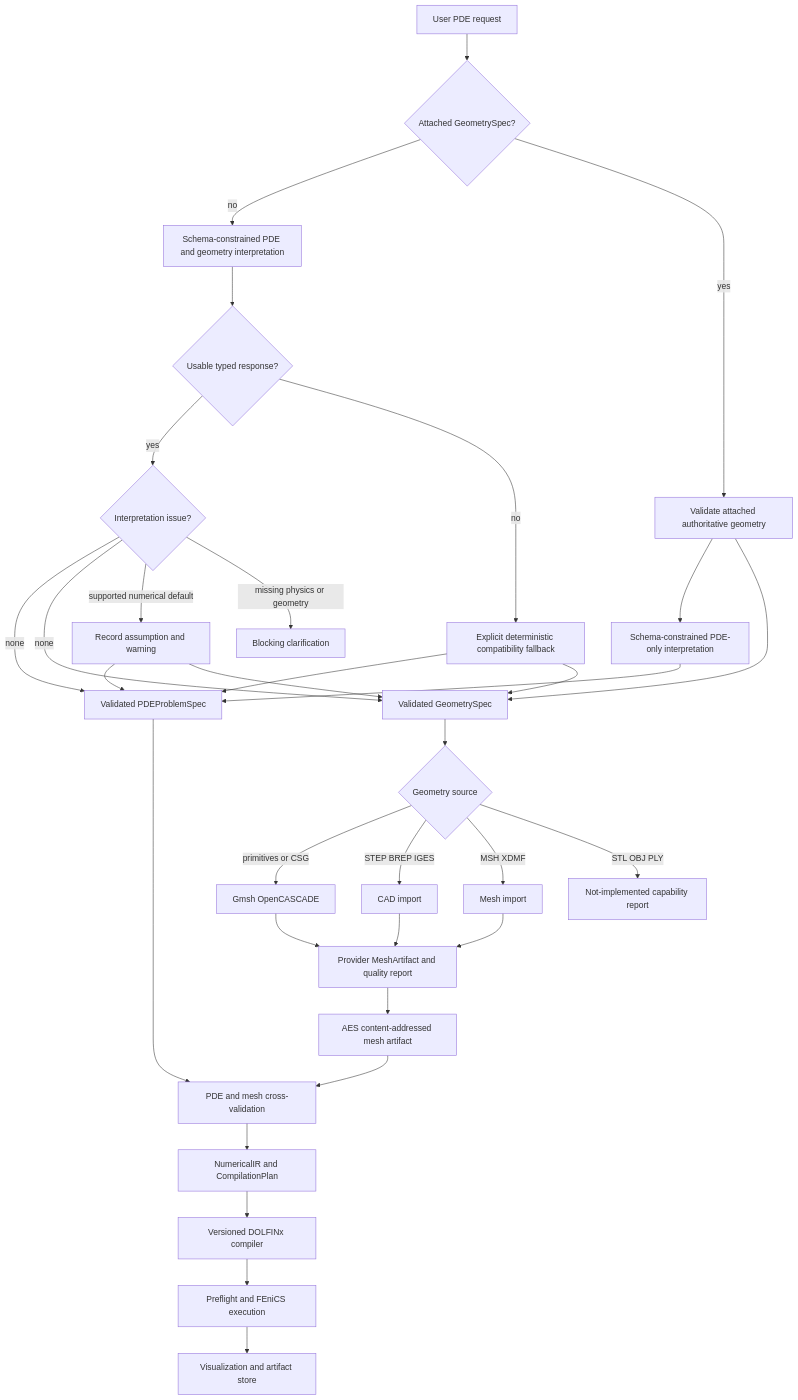
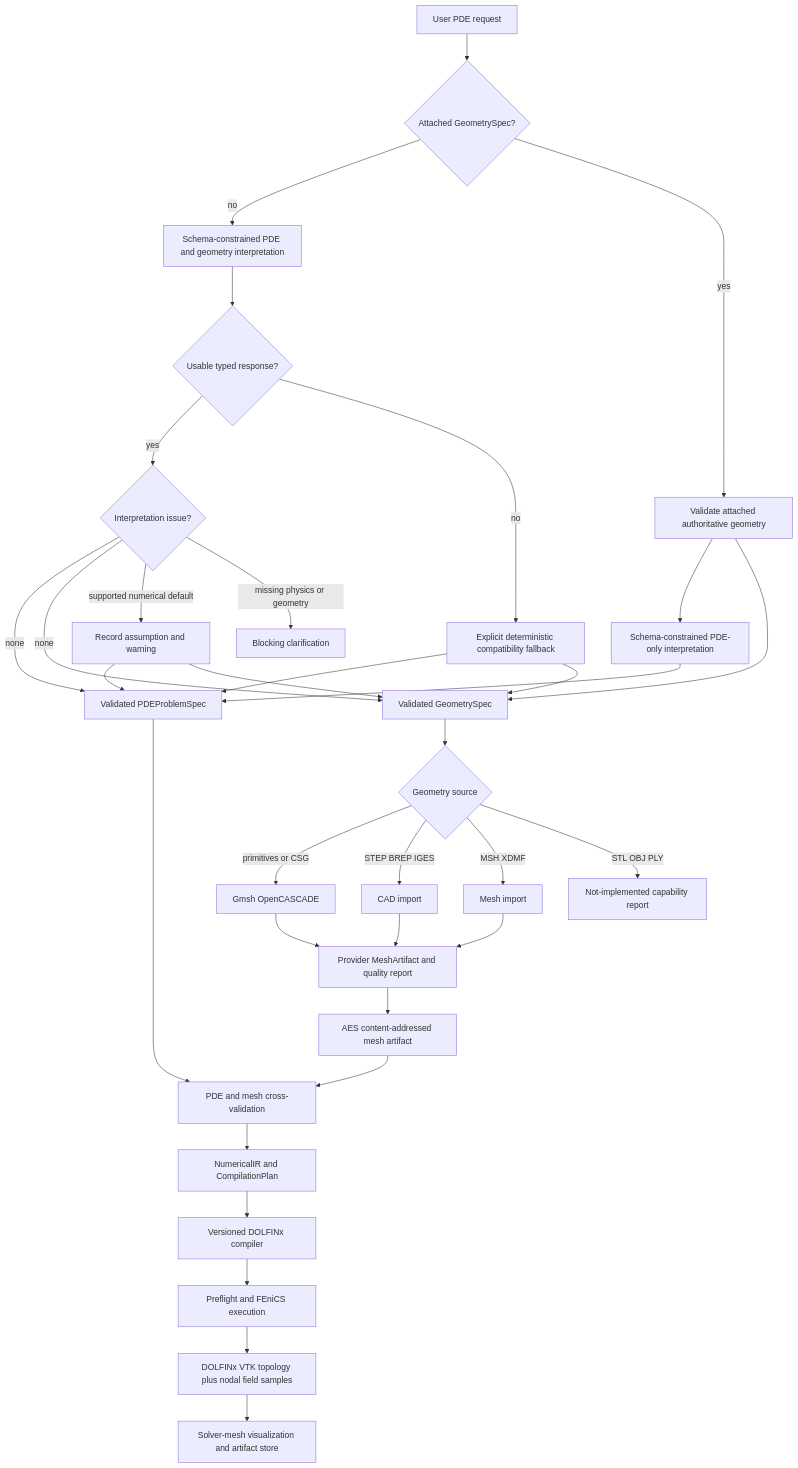
The ninth of 11 diagrams in docs/architecture.md (RadmirG/AES), drawn with Mermaid before and after one commit. The commit also changed other lines of this file and 12 other files, not shown here.

````diff
--- a/docs/architecture.md
+++ b/docs/architecture.md
@@ -294,35 +294,36 @@
 ```mermaid
 flowchart TD
     A["User PDE request"] --> AB{"Attached GeometrySpec?"}
     AB -->|no| B["Schema-constrained PDE and geometry interpretation"]
     AB -->|yes| AG["Validate attached authoritative geometry"]
     AG --> AP["Schema-constrained PDE-only interpretation"]
     AP --> C
     AG --> D
     B --> BI{"Usable typed response?"}
     BI -->|yes| BA{"Interpretation issue?"}
     BA -->|none| C["Validated PDEProblemSpec"]
     BA -->|none| D["Validated GeometrySpec"]
     BA -->|supported numerical default| BW["Record assumption and warning"]
     BW --> C
     BW --> D
     BA -->|missing physics or geometry| BC["Blocking clarification"]
     BI -->|no| BF["Explicit deterministic compatibility fallback"]
     BF --> C
     BF --> D
     D --> E{"Geometry source"}
     E -->|primitives or CSG| F["Gmsh OpenCASCADE"]
     E -->|STEP BREP IGES| G["CAD import"]
     E -->|MSH XDMF| H["Mesh import"]
     E -->|STL OBJ PLY| I["Not-implemented capability report"]
     F --> J["Provider MeshArtifact and quality report"]
     G --> J
     H --> J
     J --> JA["AES content-addressed mesh artifact"]
     C --> K["PDE and mesh cross-validation"]
     JA --> K
     K --> L["NumericalIR and CompilationPlan"]
     L --> M["Versioned DOLFINx compiler"]
     M --> N["Preflight and FEniCS execution"]
-    N --> O["Visualization and artifact store"]
+    N --> NA["DOLFINx VTK topology plus nodal field samples"]
+    NA --> O["Solver-mesh visualization and artifact store"]
 ```
````
